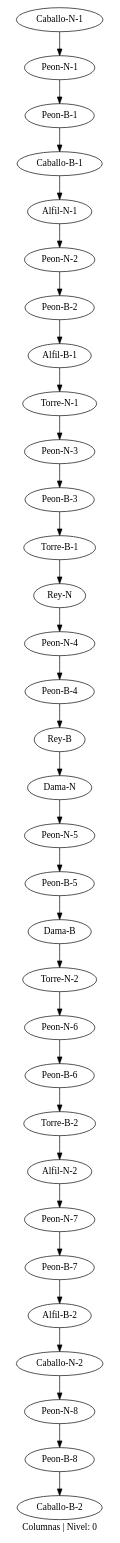
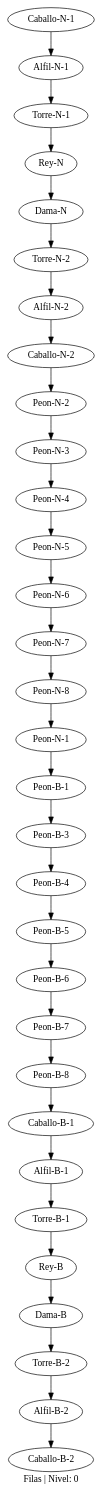
The diagram in Proyectos/Proyecto1/build-Ajedrez3D-Desktop_Qt_5_9_0_MinGW_32bit-Debug/Linealizacion.dot (ricardcutzh/EDD_Junio), drawn with Graphviz before and after one commit. The commit also changed 1251 other files, not shown here.

```diff
--- a/Proyectos/Proyecto1/build-Ajedrez3D-Desktop_Qt_5_9_0_MinGW_32bit-Debug/Linealizacion.dot
+++ b/Proyectos/Proyecto1/build-Ajedrez3D-Desktop_Qt_5_9_0_MinGW_32bit-Debug/Linealizacion.dot
@@ -1,66 +1,64 @@
 digraph g{
-label="Columnas | Nivel: 0";
+label="Filas | Nivel: 0";
 "Caballo-N-1";
-"Caballo-N-1"->"Peon-N-1";
+"Caballo-N-1"->"Alfil-N-1";
+"Alfil-N-1";
+"Alfil-N-1"->"Torre-N-1";
+"Torre-N-1";
+"Torre-N-1"->"Rey-N";
+"Rey-N";
+"Rey-N"->"Dama-N";
+"Dama-N";
+"Dama-N"->"Torre-N-2";
+"Torre-N-2";
+"Torre-N-2"->"Alfil-N-2";
+"Alfil-N-2";
+"Alfil-N-2"->"Caballo-N-2";
+"Caballo-N-2";
+"Caballo-N-2"->"Peon-N-2";
+"Peon-N-2";
+"Peon-N-2"->"Peon-N-3";
+"Peon-N-3";
+"Peon-N-3"->"Peon-N-4";
+"Peon-N-4";
+"Peon-N-4"->"Peon-N-5";
+"Peon-N-5";
+"Peon-N-5"->"Peon-N-6";
+"Peon-N-6";
+"Peon-N-6"->"Peon-N-7";
+"Peon-N-7";
+"Peon-N-7"->"Peon-N-8";
+"Peon-N-8";
+"Peon-N-8"->"Peon-N-1";
 "Peon-N-1";
 "Peon-N-1"->"Peon-B-1";
 "Peon-B-1";
-"Peon-B-1"->"Caballo-B-1";
+"Peon-B-1"->"Peon-B-3";
+"Peon-B-3";
+"Peon-B-3"->"Peon-B-4";
+"Peon-B-4";
+"Peon-B-4"->"Peon-B-5";
+"Peon-B-5";
+"Peon-B-5"->"Peon-B-6";
+"Peon-B-6";
+"Peon-B-6"->"Peon-B-7";
+"Peon-B-7";
+"Peon-B-7"->"Peon-B-8";
+"Peon-B-8";
+"Peon-B-8"->"Caballo-B-1";
 "Caballo-B-1";
-"Caballo-B-1"->"Alfil-N-1";
-"Alfil-N-1";
-"Alfil-N-1"->"Peon-N-2";
-"Peon-N-2";
-"Peon-N-2"->"Peon-B-2";
-"Peon-B-2";
-"Peon-B-2"->"Alfil-B-1";
+"Caballo-B-1"->"Alfil-B-1";
 "Alfil-B-1";
-"Alfil-B-1"->"Torre-N-1";
-"Torre-N-1";
-"Torre-N-1"->"Peon-N-3";
-"Peon-N-3";
-"Peon-N-3"->"Peon-B-3";
-"Peon-B-3";
-"Peon-B-3"->"Torre-B-1";
+"Alfil-B-1"->"Torre-B-1";
 "Torre-B-1";
-"Torre-B-1"->"Rey-N";
-"Rey-N";
-"Rey-N"->"Peon-N-4";
-"Peon-N-4";
-"Peon-N-4"->"Peon-B-4";
-"Peon-B-4";
-"Peon-B-4"->"Rey-B";
+"Torre-B-1"->"Rey-B";
 "Rey-B";
-"Rey-B"->"Dama-N";
-"Dama-N";
-"Dama-N"->"Peon-N-5";
-"Peon-N-5";
-"Peon-N-5"->"Peon-B-5";
-"Peon-B-5";
-"Peon-B-5"->"Dama-B";
+"Rey-B"->"Dama-B";
 "Dama-B";
-"Dama-B"->"Torre-N-2";
-"Torre-N-2";
-"Torre-N-2"->"Peon-N-6";
-"Peon-N-6";
-"Peon-N-6"->"Peon-B-6";
-"Peon-B-6";
-"Peon-B-6"->"Torre-B-2";
+"Dama-B"->"Torre-B-2";
 "Torre-B-2";
-"Torre-B-2"->"Alfil-N-2";
-"Alfil-N-2";
-"Alfil-N-2"->"Peon-N-7";
-"Peon-N-7";
-"Peon-N-7"->"Peon-B-7";
-"Peon-B-7";
-"Peon-B-7"->"Alfil-B-2";
+"Torre-B-2"->"Alfil-B-2";
 "Alfil-B-2";
-"Alfil-B-2"->"Caballo-N-2";
-"Caballo-N-2";
-"Caballo-N-2"->"Peon-N-8";
-"Peon-N-8";
-"Peon-N-8"->"Peon-B-8";
-"Peon-B-8";
-"Peon-B-8"->"Caballo-B-2";
+"Alfil-B-2"->"Caballo-B-2";
 "Caballo-B-2";
 }
```
